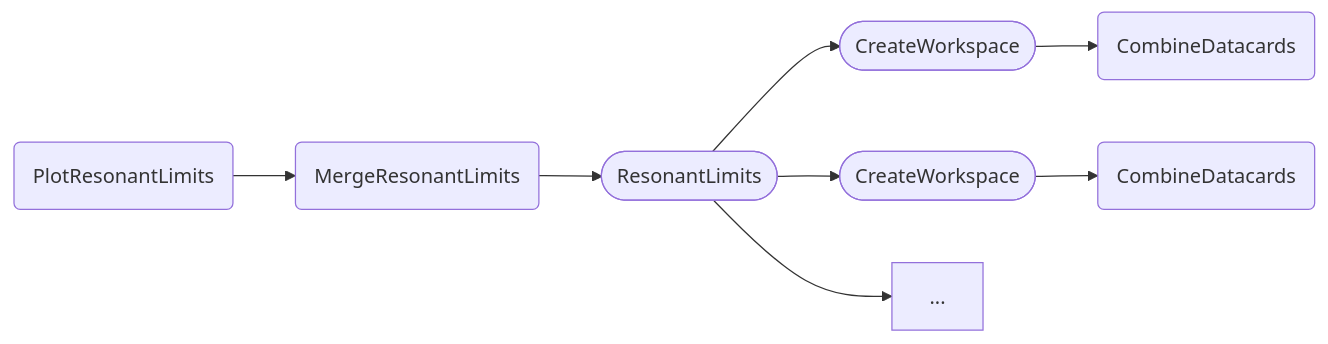
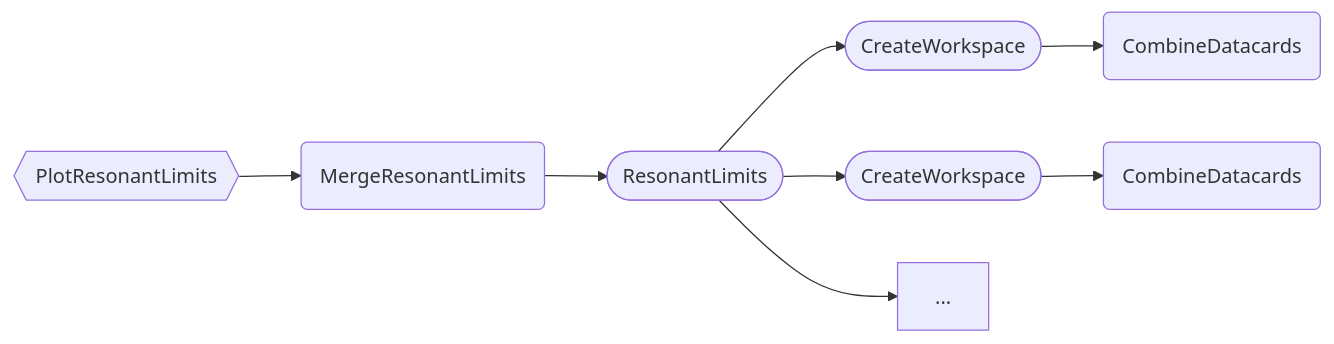
One commit to cms-hh/inference_tools changed the first of 2 diagrams in docs/content/tasks/resonant.md. Above: the diagram before and after it, drawn with Mermaid. The commit also changed other lines of this file, not shown here.

Commit message:
Minor tweak to resonant docs.

````diff
--- a/docs/content/tasks/resonant.md
+++ b/docs/content/tasks/resonant.md
@@ -80,10 +80,10 @@
 ```mermaid
 graph LR;
-    A(PlotResonantLimits) --> B(MergeResonantLimits);
+    A{{PlotResonantLimits}} --> B(MergeResonantLimits);
     B --> C([ResonantLimits]);
     C --> D1([CreateWorkspace]);
     C --> D2([CreateWorkspace]);
     C --> ...;
     D1 --> E1(CombineDatacards);
     D2 --> E2(CombineDatacards);
 ```
````
